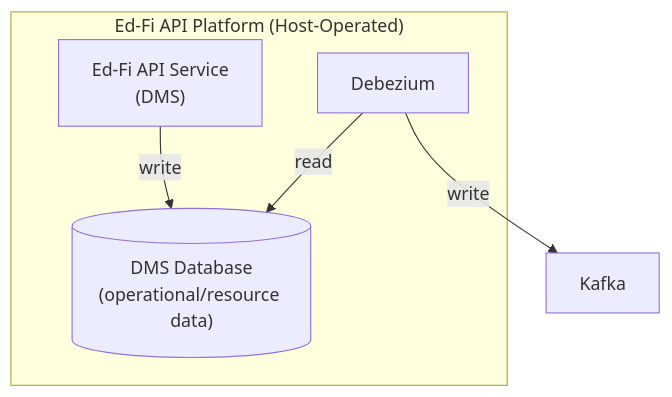
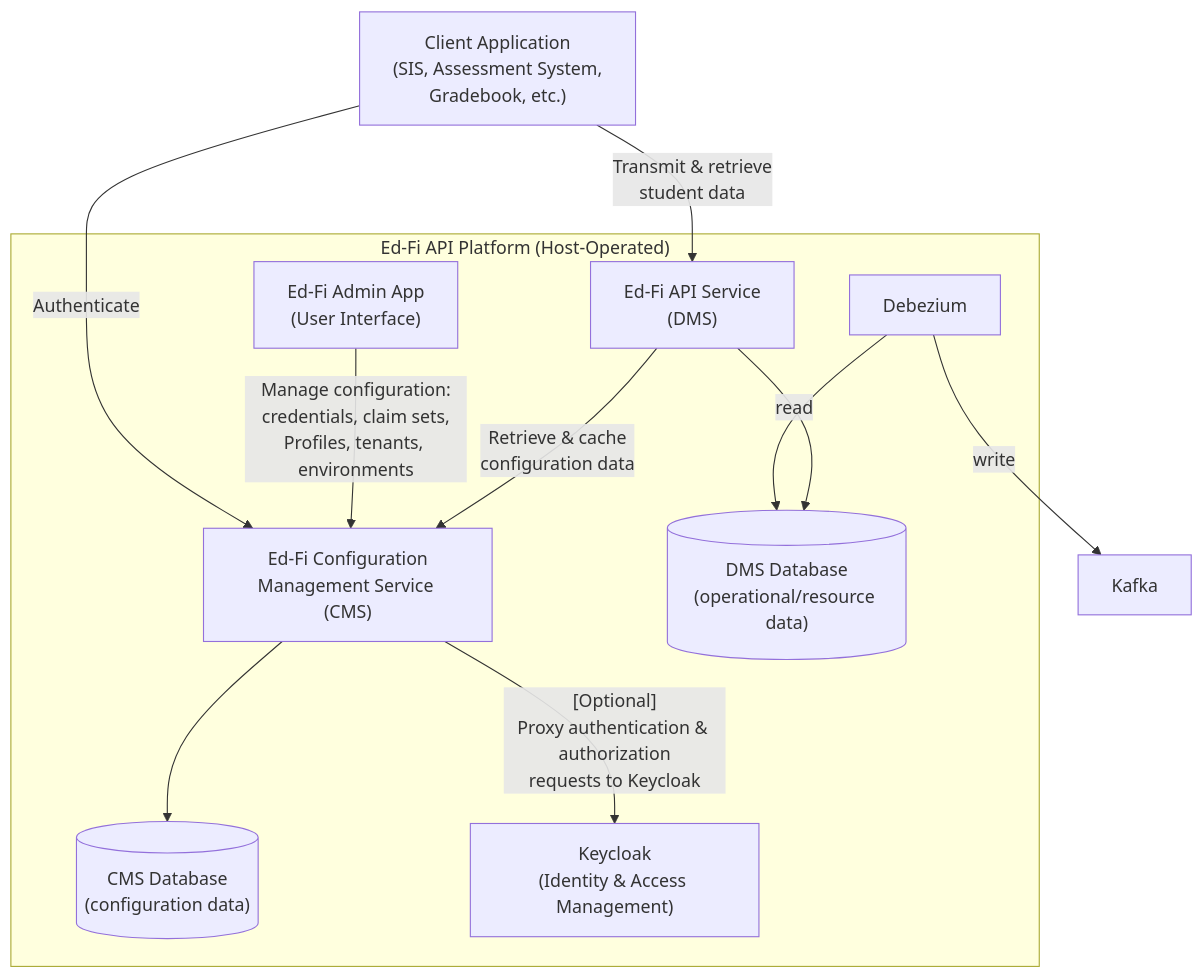
The diagram in docs/PRD-v8.1.md (Ed-Fi-Alliance-OSS/Data-Management-Service), drawn with Mermaid before and after one commit. The commit also changed other lines of this file, not shown here.

````diff
--- a/docs/PRD-v8.1.md
+++ b/docs/PRD-v8.1.md
@@ -133,12 +133,25 @@
 ```mermaid
 graph TB
+    ClientApp["Client Application<br/>(SIS, Assessment System,<br/>Gradebook, etc.)"]
 
     subgraph Platform["Ed-Fi API Platform (Host-Operated)"]
+    AdminUI["Ed-Fi Admin App<br/>(User Interface)"]
         DMS["Ed-Fi API Service<br/>(DMS)"]
+        CMS["Ed-Fi Configuration<br/>Management Service (CMS)"]
         DMSDB[("DMS Database<br/>(operational/resource data)")]
+        CMSDB[("CMS Database<br/>(configuration data)")]
+
+        KeyCloak["Keycloak<br/>(Identity & Access Management)"]
         Debezium -->|read| DMSDB
     end
 
-    DMS -->|write| DMSDB
+    ClientApp -->|"Authenticate"| CMS
+    ClientApp -->|"Transmit & retrieve<br/>student data"| DMS
+    AdminUI -->|"Manage configuration:<br/>credentials, claim sets,<br/>Profiles, tenants, environments"| CMS
+    DMS -->|"Retrieve & cache<br/>configuration data"| CMS
+    DMS --> DMSDB
+    CMS --> CMSDB
+
+    CMS -->|"[Optional]<br />Proxy authentication & authorization<br/>requests to Keycloak"| KeyCloak
     Debezium -->|write| Kafka
 ```
````
